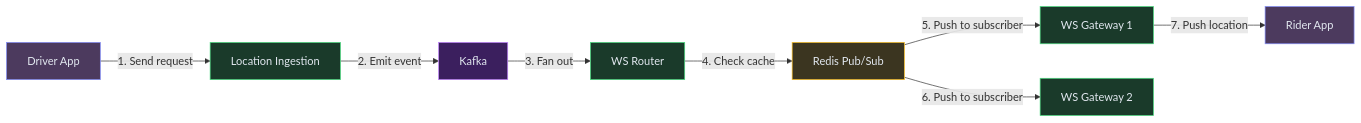
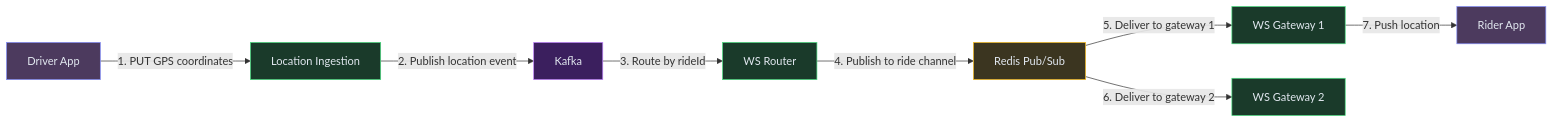
One commit to iluzn/HLD-Designs changed the tenth of 11 diagrams in content/hld/Uber.md. Above: the diagram before and after it, drawn with Mermaid. The commit also changed other lines of this file and 27 other files, not shown here.

````diff
--- a/content/hld/Uber.md
+++ b/content/hld/Uber.md
@@ -563,24 +563,24 @@
 ```mermaid
 flowchart LR
     Driver["Driver App"]:::client
     LI["Location Ingestion"]:::service
     KF["Kafka"]:::async
     ROUTER["WS Router"]:::service
     RPS["Redis Pub/Sub"]:::data
     WSG1["WS Gateway 1"]:::service
     WSG2["WS Gateway 2"]:::service
     Rider["Rider App"]:::client
 
-    Driver -->|"1. Send request"| LI
-    LI -->|"2. Emit event"| KF
-    KF -->|"3. Fan out"| ROUTER
-    ROUTER -->|"4. Check cache"| RPS
-    RPS -->|"5. Push to subscriber"| WSG1
-    RPS -->|"6. Push to subscriber"| WSG2
+    Driver -->|"1. PUT GPS coordinates"| LI
+    LI -->|"2. Publish location event"| KF
+    KF -->|"3. Route by rideId"| ROUTER
+    ROUTER -->|"4. Publish to ride channel"| RPS
+    RPS -->|"5. Deliver to gateway 1"| WSG1
+    RPS -->|"6. Deliver to gateway 2"| WSG2
     WSG1 -->|"7. Push location"| Rider
 
     classDef client fill:#4c3a5e,stroke:#818cf8,color:#e2e8f0
     classDef service fill:#1a3a2a,stroke:#4ade80,color:#e2e8f0
     classDef data fill:#3b3520,stroke:#fbbf24,color:#e2e8f0
     classDef async fill:#3b1f5e,stroke:#c084fc,color:#e2e8f0
 ```
````
